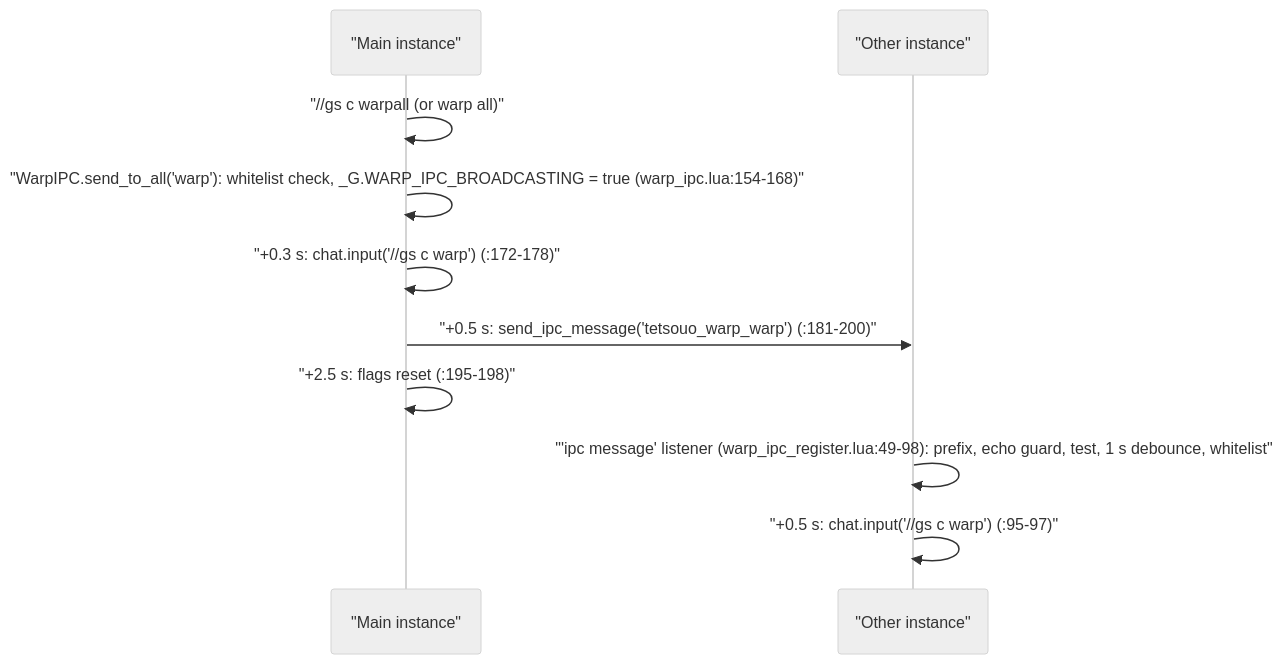
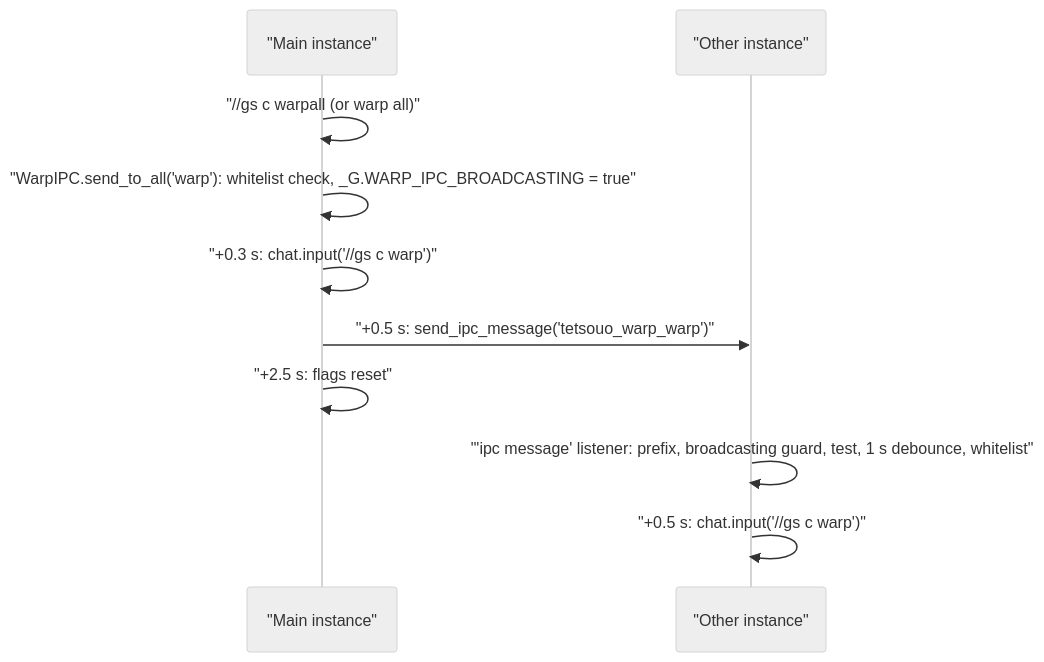
One commit to ejouanchicot/Gearswap changed the fifth of 5 diagrams in docs/dev/systems/warp.md. Above: the diagram before and after it, drawn with Mermaid (neutral theme). The commit also changed other lines of this file and 14 other files, not shown here.

First line of the commit message:
docs(dev): re-verify systems and architecture pages against the code

````diff
--- a/docs/dev/systems/warp.md
+++ b/docs/dev/systems/warp.md
@@ -185,12 +225,12 @@
 ```mermaid
 sequenceDiagram
     participant M as "Main instance"
     participant A as "Other instance"
     M->>M: "//gs c warpall (or warp all)"
-    M->>M: "WarpIPC.send_to_all('warp'): whitelist check, _G.WARP_IPC_BROADCASTING = true (warp_ipc.lua:154-168)"
-    M->>M: "+0.3 s: chat.input('//gs c warp') (:172-178)"
-    M->>A: "+0.5 s: send_ipc_message('tetsouo_warp_warp') (:181-200)"
-    M->>M: "+2.5 s: flags reset (:195-198)"
-    A->>A: "'ipc message' listener (warp_ipc_register.lua:49-98): prefix, echo guard, test, 1 s debounce, whitelist"
-    A->>A: "+0.5 s: chat.input('//gs c warp') (:95-97)"
+    M->>M: "WarpIPC.send_to_all('warp'): whitelist check, _G.WARP_IPC_BROADCASTING = true"
+    M->>M: "+0.3 s: chat.input('//gs c warp')"
+    M->>A: "+0.5 s: send_ipc_message('tetsouo_warp_warp')"
+    M->>M: "+2.5 s: flags reset"
+    A->>A: "'ipc message' listener: prefix, broadcasting guard, test, 1 s debounce, whitelist"
+    A->>A: "+0.5 s: chat.input('//gs c warp')"
 ```
````
